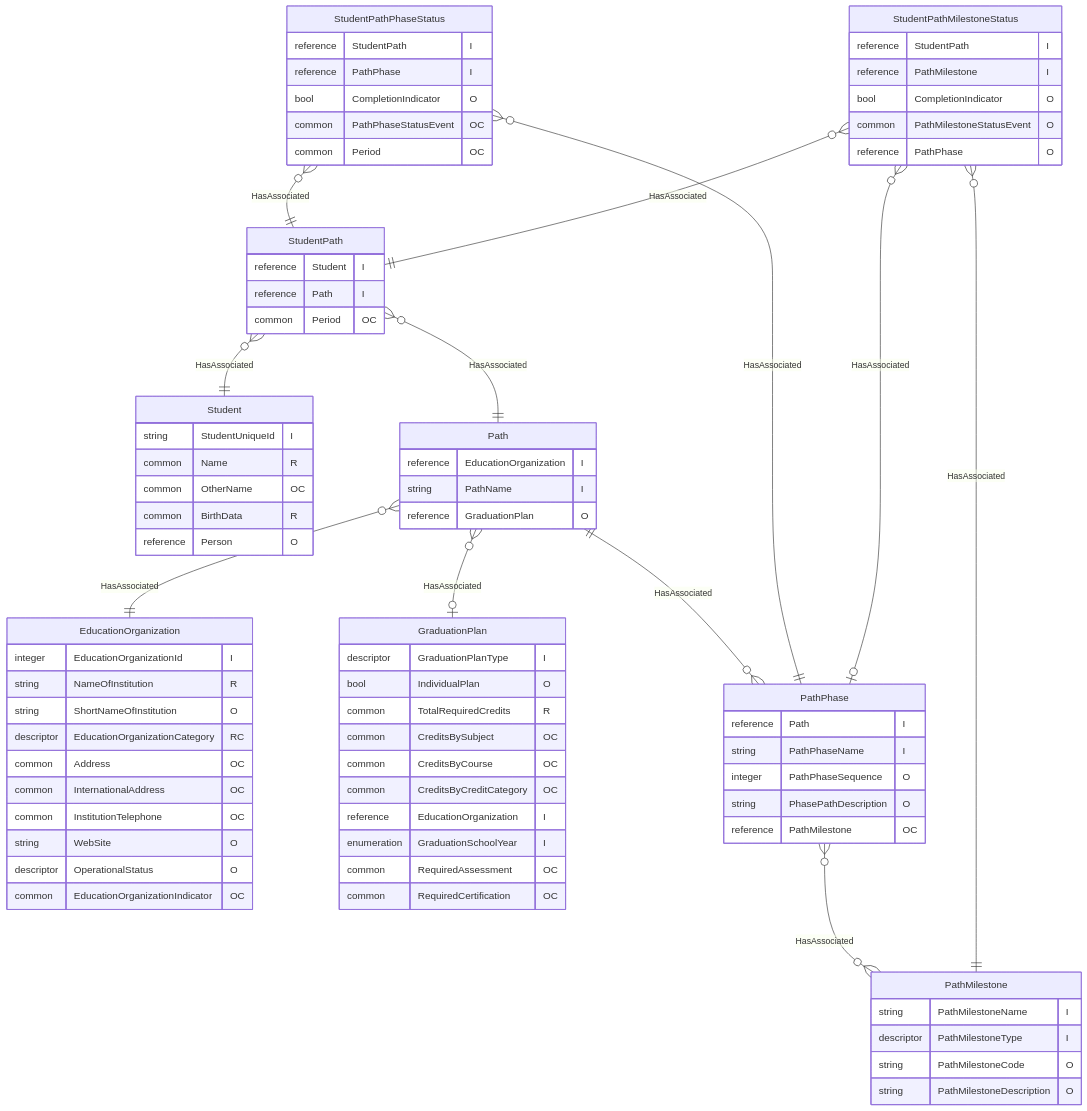
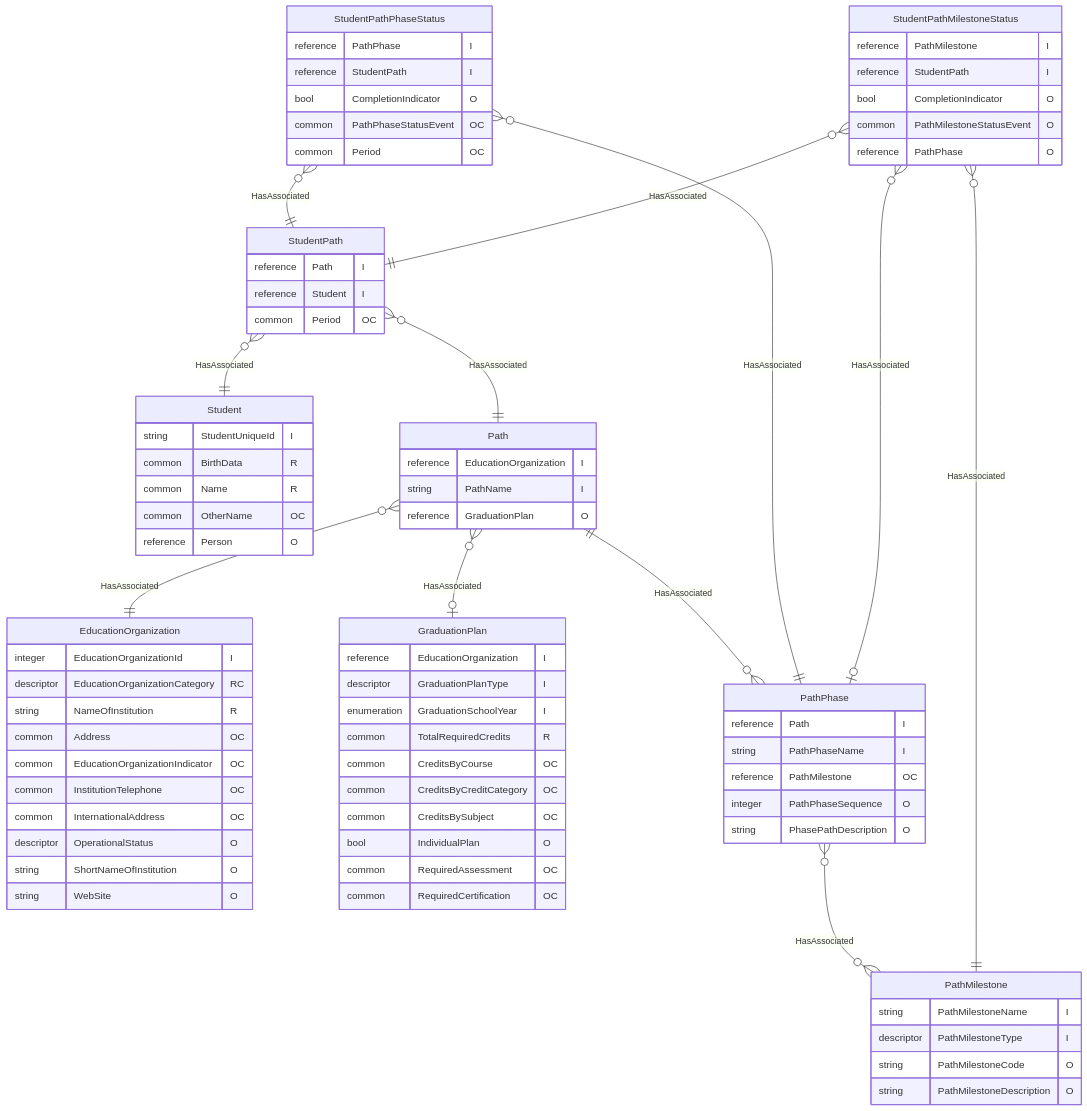
Before and after one commit to Ed-Fi-Alliance-OSS/ed-fi-alliance-oss.github.io: the diagram in dataStandard_versioned_docs/version-6/model-reference/path-domain/Path.mmd, drawn with Mermaid. The commit also changed other lines of this file, not shown here.

First line of the commit message:
[DATASTD-2627] Reorder Path UML attributes to list identities at the top

```diff
--- a/dataStandard_versioned_docs/version-6/model-reference/path-domain/Path.mmd
+++ b/dataStandard_versioned_docs/version-6/model-reference/path-domain/Path.mmd
@@ -1,80 +1,80 @@
 erDiagram
     Student {
         string StudentUniqueId "I"
+        common BirthData "R"
         common Name "R"
         common OtherName "OC"
-        common BirthData "R"
         reference Person "O"
     }
     EducationOrganization {
         integer EducationOrganizationId "I"
+        descriptor EducationOrganizationCategory "RC"
         string NameOfInstitution "R"
+        common Address "OC"
+        common EducationOrganizationIndicator "OC"
+        common InstitutionTelephone "OC"
+        common InternationalAddress "OC"
+        descriptor OperationalStatus "O"
         string ShortNameOfInstitution "O"
-        descriptor EducationOrganizationCategory "RC"
-        common Address "OC"
-        common InternationalAddress "OC"
-        common InstitutionTelephone "OC"
         string WebSite "O"
-        descriptor OperationalStatus "O"
-        common EducationOrganizationIndicator "OC"
     }
     GraduationPlan {
+        reference EducationOrganization "I"
         descriptor GraduationPlanType "I"
-        bool IndividualPlan "O"
+        enumeration GraduationSchoolYear "I"
         common TotalRequiredCredits "R"
-        common CreditsBySubject "OC"
         common CreditsByCourse "OC"
         common CreditsByCreditCategory "OC"
-        reference EducationOrganization "I"
-        enumeration GraduationSchoolYear "I"
+        common CreditsBySubject "OC"
+        bool IndividualPlan "O"
         common RequiredAssessment "OC"
         common RequiredCertification "OC"
     }
     Path {
         reference EducationOrganization "I"
         string PathName "I"
         reference GraduationPlan "O"
     }
     PathPhase {
         reference Path "I"
         string PathPhaseName "I"
+        reference PathMilestone "OC"
         integer PathPhaseSequence "O"
         string PhasePathDescription "O"
-        reference PathMilestone "OC"
     }
     PathMilestone {
         string PathMilestoneName "I"
         descriptor PathMilestoneType "I"
         string PathMilestoneCode "O"
         string PathMilestoneDescription "O"
     }
     StudentPath {
+        reference Path "I"
         reference Student "I"
-        reference Path "I"
         common Period "OC"
     }
     StudentPathPhaseStatus {
+        reference PathPhase "I"
         reference StudentPath "I"
-        reference PathPhase "I"
         bool CompletionIndicator "O"
         common PathPhaseStatusEvent "OC"
         common Period "OC"
     }
     StudentPathMilestoneStatus {
+        reference PathMilestone "I"
         reference StudentPath "I"
-        reference PathMilestone "I"
         bool CompletionIndicator "O"
         common PathMilestoneStatusEvent "O"
         reference PathPhase "O"
     }
     Path }o--|| EducationOrganization : "HasAssociated"
     Path }o--o| GraduationPlan : "HasAssociated"
     Path ||--o{ PathPhase : "HasAssociated"
     PathPhase }o--o{ PathMilestone : "HasAssociated"
     StudentPath }o--|| Student : "HasAssociated"
     StudentPath }o--|| Path : "HasAssociated"
     StudentPathPhaseStatus }o--|| StudentPath : "HasAssociated"
     StudentPathPhaseStatus }o--|| PathPhase : "HasAssociated"
     StudentPathMilestoneStatus }o--|| StudentPath : "HasAssociated"
     StudentPathMilestoneStatus }o--o| PathPhase : "HasAssociated"
     StudentPathMilestoneStatus }o--|| PathMilestone : "HasAssociated"
```
